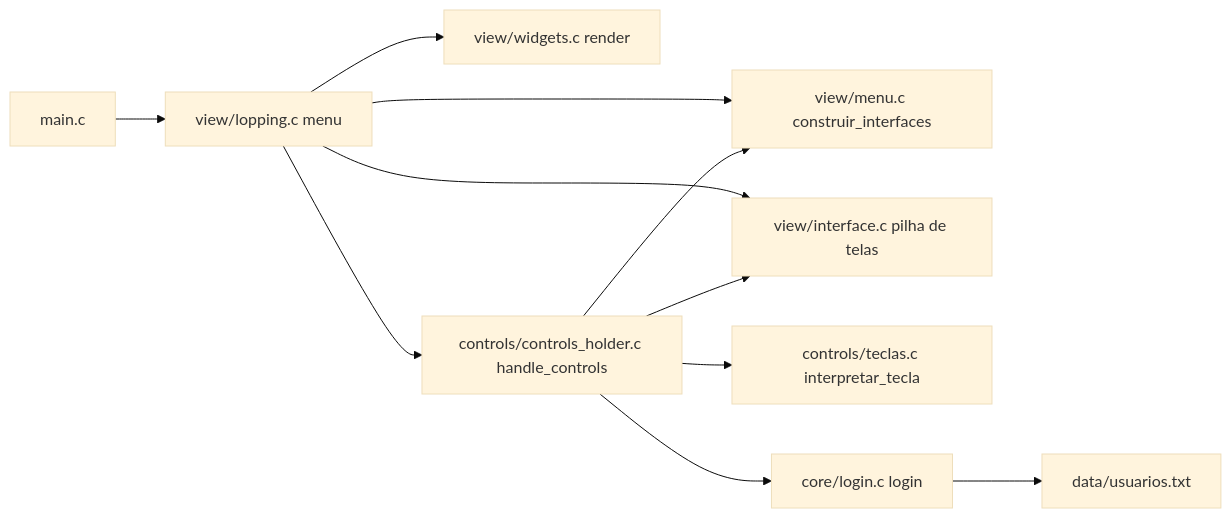
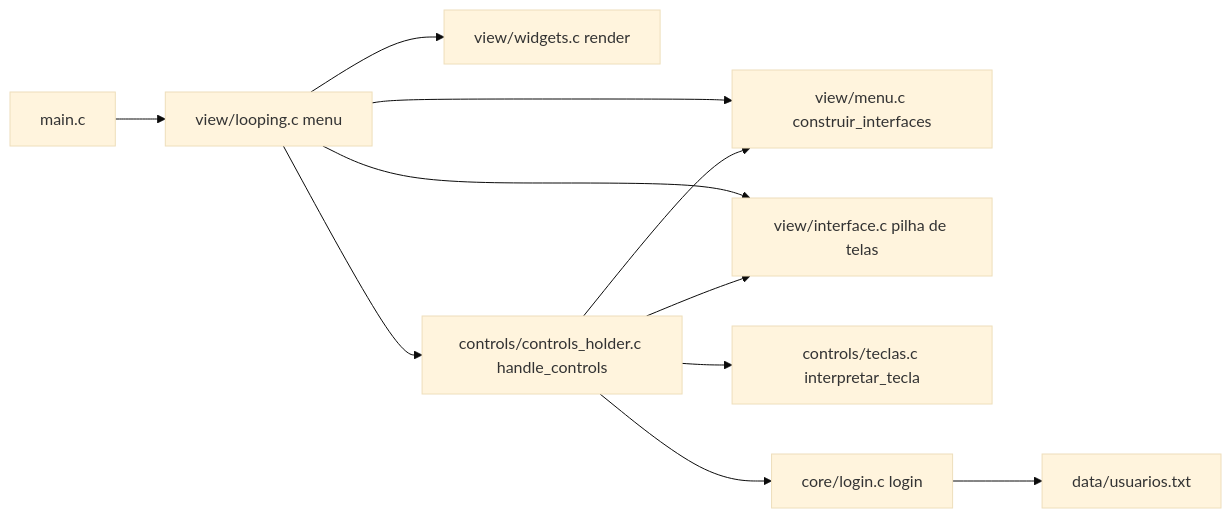
One commit to eznoamd/HelpDesk changed the second of 2 diagrams in README.md. Above: the diagram before and after it, drawn with Mermaid (base theme). The commit also changed other lines of this file and 6 other files, not shown here.

````diff
--- a/README.md
+++ b/README.md
@@ -128,13 +149,13 @@
 ```mermaid
 graph LR
-  main[main.c] --> L[view/lopping.c menu]
+  main[main.c] --> L[view/looping.c menu]
   L --> M[view/menu.c construir_interfaces]
   L --> I[view/interface.c pilha de telas]
   L --> W[view/widgets.c render]
   L --> CH[controls/controls_holder.c handle_controls]
   CH --> T[controls/teclas.c interpretar_tecla]
   CH --> I
   CH --> M
   CH --> LG[core/login.c login]
   LG --> D[data/usuarios.txt]
 ```
````
